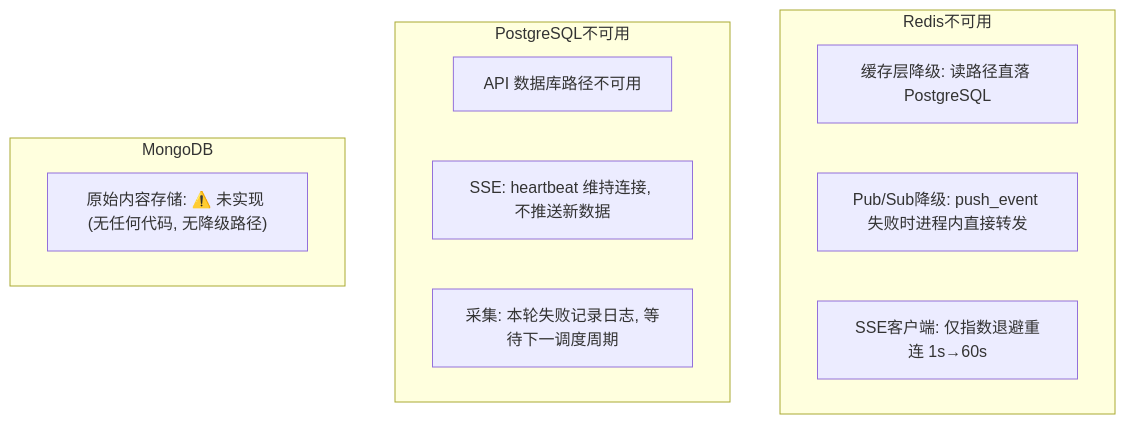
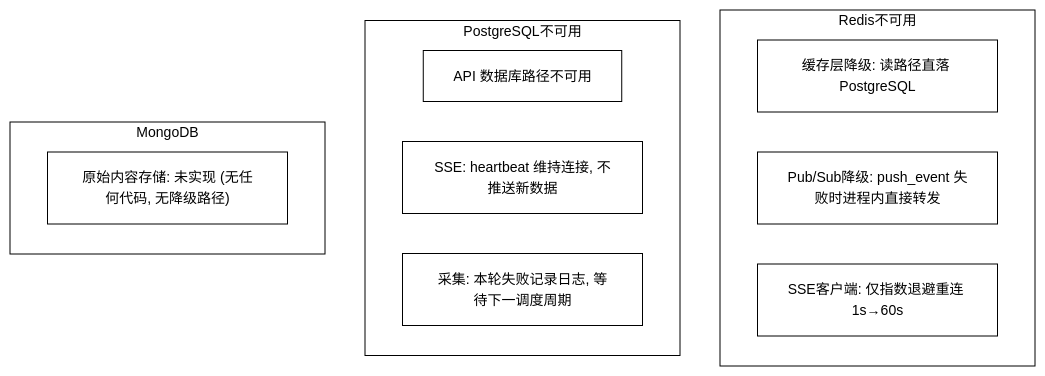
One commit to onceme/instantboard changed the tenth of 12 diagrams in docs/design/data-flow.md. Above: the diagram before and after it, drawn with Mermaid. The commit also changed other lines of this file and 11 other files, not shown here.

Commit message:
docs: unify mermaid diagrams to black-and-white orthogonal style

````diff
--- a/docs/design/data-flow.md
+++ b/docs/design/data-flow.md
@@ -541,18 +575,19 @@
 ```mermaid
+%%{init: {"theme": "base", "themeVariables": {"background": "#ffffff", "primaryColor": "#ffffff", "primaryTextColor": "#000000", "primaryBorderColor": "#000000", "lineColor": "#000000", "secondaryColor": "#ffffff", "secondaryTextColor": "#000000", "secondaryBorderColor": "#000000", "tertiaryColor": "#ffffff", "tertiaryTextColor": "#000000", "tertiaryBorderColor": "#000000", "edgeLabelBackground": "#ffffff", "textColor": "#000000", "nodeTextColor": "#000000", "mainBkg": "#ffffff", "nodeBorder": "#000000", "clusterBkg": "#ffffff", "clusterBdr": "#000000", "clusterTextColor": "#000000", "titleColor": "#000000", "fontSize": "14px"}, "flowchart": {"curve": "step", "nodeSpacing": 40, "rankSpacing": 50, "wrappingWidth": 180, "useMaxWidth": true}}}%%
 graph TD
     subgraph RedisUnavailable["Redis不可用"]
         CacheDegrad["缓存层降级: 读路径直落 PostgreSQL"]
         PubSubDegrad["Pub/Sub降级: push_event 失败时进程内直接转发"]
         SSEBackoff["SSE客户端: 仅指数退避重连 1s→60s"]
     end
 
     subgraph PGUnavailable["PostgreSQL不可用"]
         API503["API 数据库路径不可用"]
         SSEHeartbeat["SSE: heartbeat 维持连接, 不推送新数据"]
         CollectLog["采集: 本轮失败记录日志, 等待下一调度周期"]
     end
 
     subgraph MongoUnavailable["MongoDB"]
-        NotImpl["原始内容存储: ⚠️ 未实现 (无任何代码, 无降级路径)"]
+        NotImpl["原始内容存储: 未实现 (无任何代码, 无降级路径)"]
     end
 ```
````
